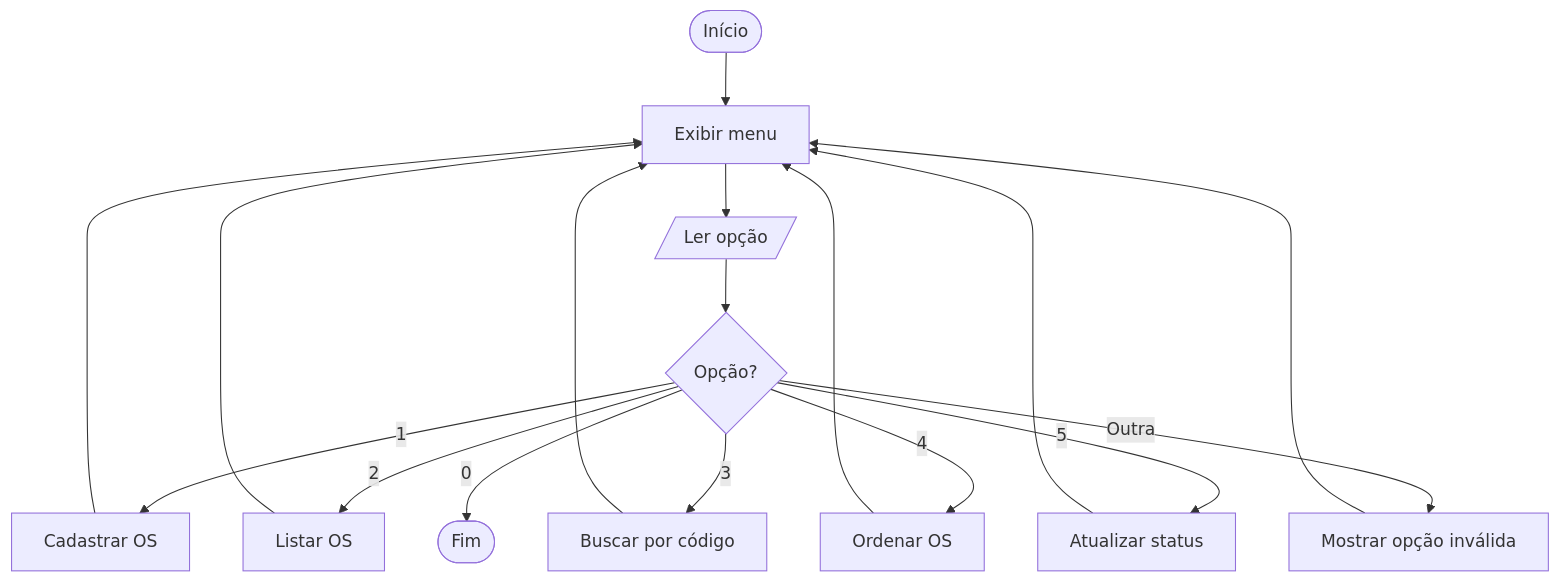
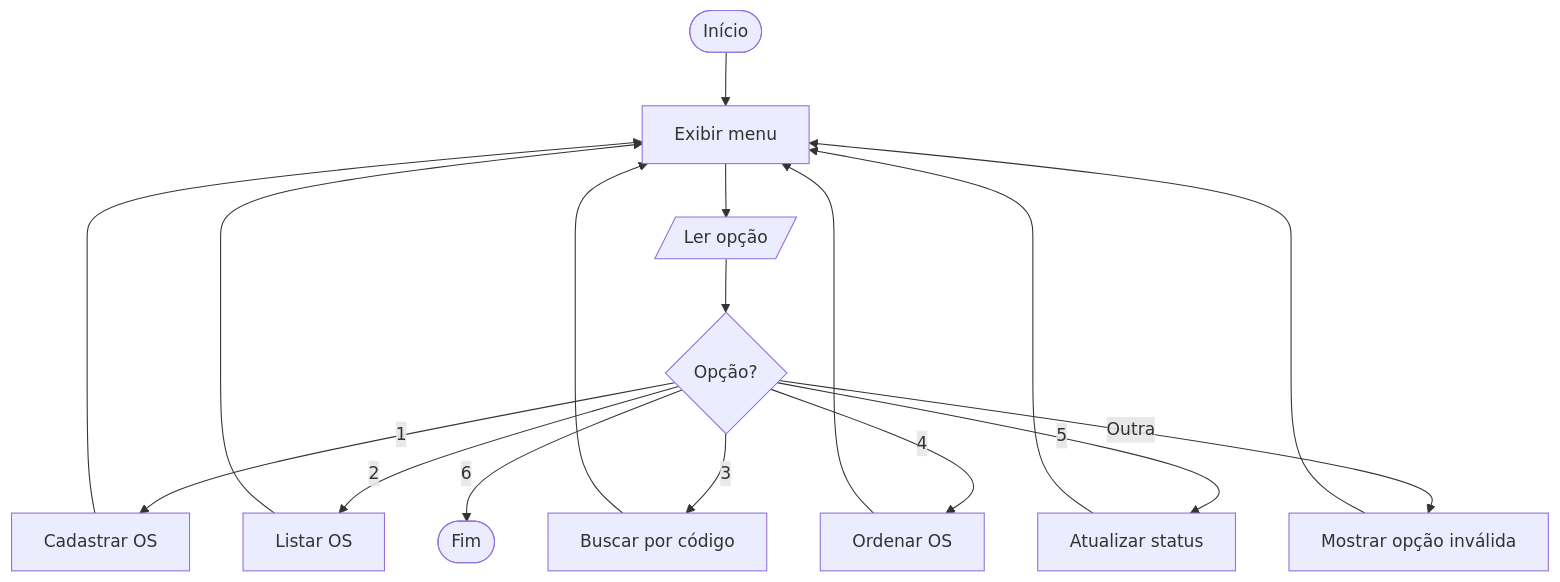
Before and after one commit to kidgrind3v/AVA_PRESENCIAL_2: the diagram in README.md, drawn with Mermaid. The commit also changed other lines of this file, not shown here.

````diff
--- a/README.md
+++ b/README.md
@@ -131,19 +134,19 @@
 ```mermaid
 flowchart TD
     A([Início]) --> B[Exibir menu]
     B --> C[/Ler opção/]
     C --> D{Opção?}
     D -- 1 --> E[Cadastrar OS]
     D -- 2 --> F[Listar OS]
     D -- 3 --> G[Buscar por código]
     D -- 4 --> H[Ordenar OS]
     D -- 5 --> I[Atualizar status]
-    D -- 0 --> J([Fim])
+    D -- 6 --> J([Fim])
     D -- Outra --> K[Mostrar opção inválida]
     E --> B
     F --> B
     G --> B
     H --> B
     I --> B
     K --> B
 ```
````
